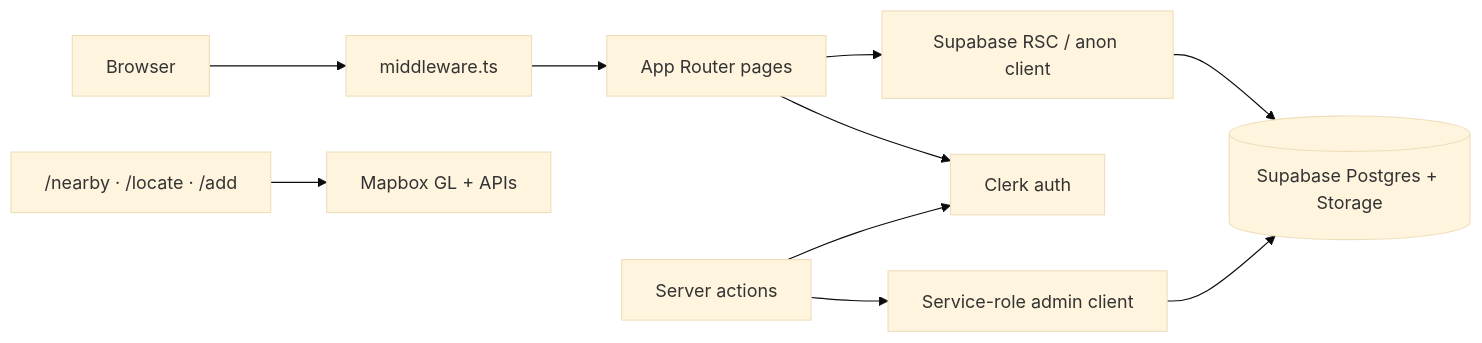
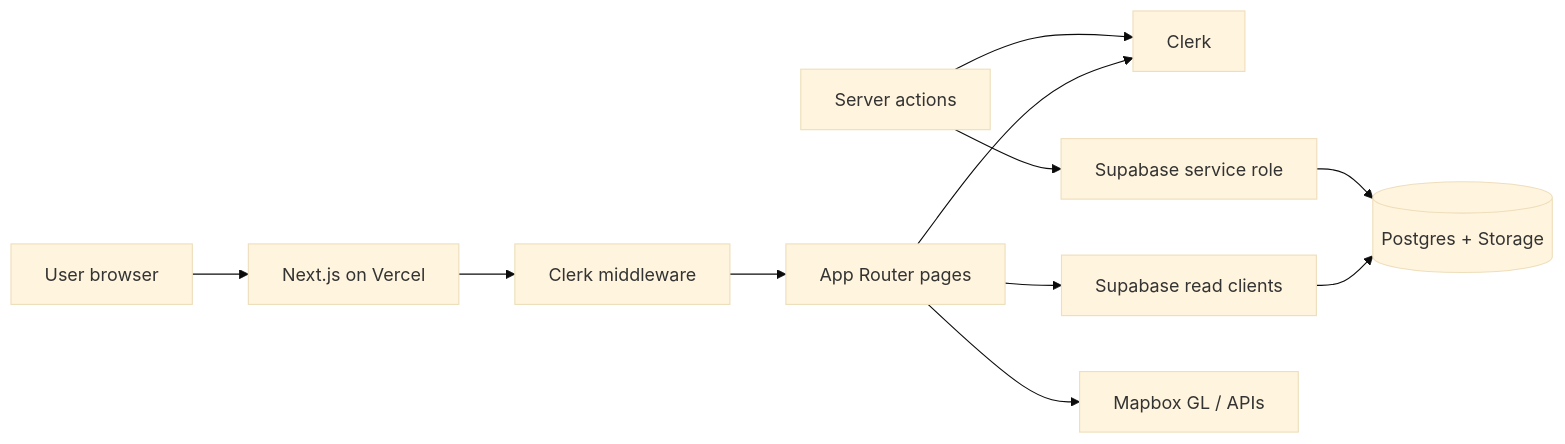
Before and after one commit to alanantony24/manago: the diagram in README.md, drawn with Mermaid (base theme). The commit also changed other lines of this file and 1 other file, not shown here.

````diff
--- a/README.md
+++ b/README.md
@@ -70,12 +35,13 @@
 ```mermaid
 flowchart LR
-  Browser --> MW["middleware.ts"]
+  User["User browser"] --> Vercel["Next.js on Vercel"]
+  Vercel --> MW["Clerk middleware"]
   MW --> Pages["App Router pages"]
-  Pages --> Clerk["Clerk auth"]
-  Pages --> SB_R["Supabase RSC / anon client"]
-  Actions["Server actions"] --> Admin["Service-role admin client"]
-  Actions --> Clerk
-  Admin --> DB[(Supabase Postgres + Storage)]
-  SB_R --> DB
-  Maps["/nearby · /locate · /add"] --> Mapbox["Mapbox GL + APIs"]
+  Pages --> Clerk["Clerk"]
+  Pages --> SBRead["Supabase read clients"]
+  Actions["Server actions"] --> Clerk
+  Actions --> SBWrite["Supabase service role"]
+  SBRead --> DB[(Postgres + Storage)]
+  SBWrite --> DB
+  Pages --> Mapbox["Mapbox GL / APIs"]
 ```
````
